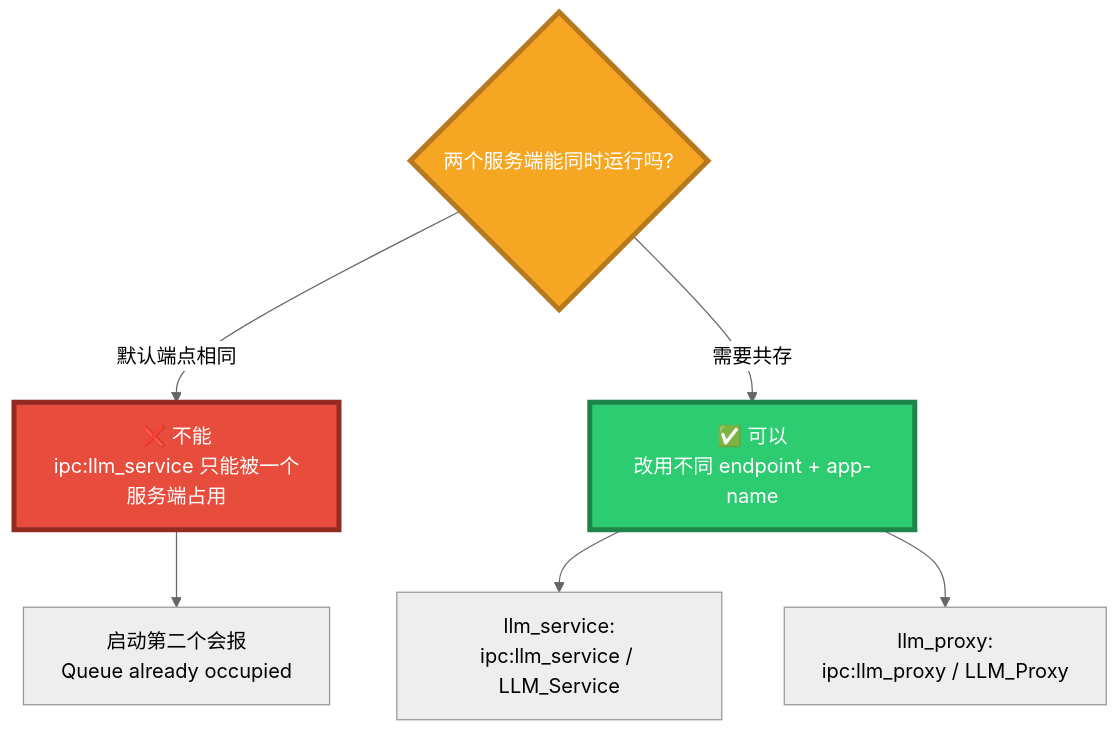
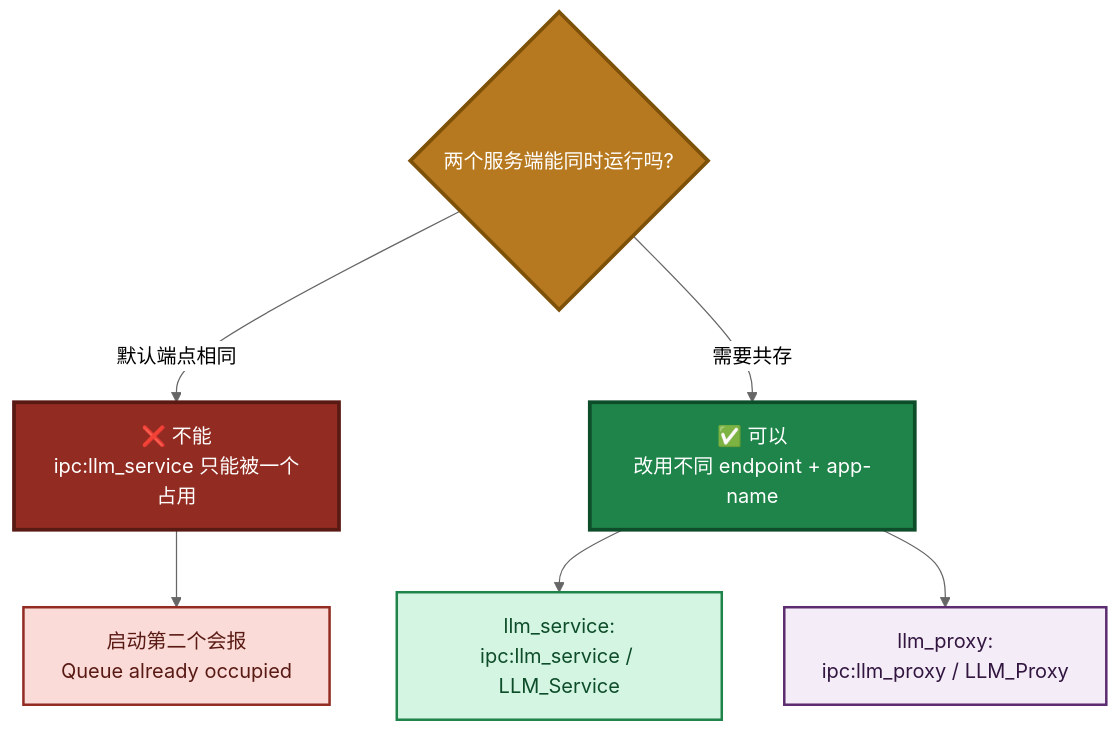
One commit to PassByYou888/LingoFuse-pasAgent changed the fifth of 28 diagrams in src/llm-service/LingoFuse_LLM_Ecosystem_User_Guide.md. Above: the diagram before and after it, drawn with Mermaid (neutral theme). The commit also changed other lines of this file, not shown here.

````diff
--- a/src/llm-service/LingoFuse_LLM_Ecosystem_User_Guide.md
+++ b/src/llm-service/LingoFuse_LLM_Ecosystem_User_Guide.md
@@ -135,14 +181,17 @@
 ```mermaid
 flowchart TB
     Q{"两个服务端能同时运行吗?"}
-    Q -->|默认端点相同| NO["❌ 不能<br/>ipc:llm_service 只能被一个服务端占用"]
-    Q -->|需要共存| YES["✅ 可以<br/>改用不同 endpoint + app-name"]
+    Q -->|"默认端点相同"| NO["❌ 不能<br/>ipc:llm_service 只能被一个占用"]
+    Q -->|"需要共存"| YES["✅ 可以<br/>改用不同 endpoint + app-name"]
 
     NO --> N1["启动第二个会报<br/>Queue already occupied"]
     YES --> Y1["llm_service:<br/>ipc:llm_service / LLM_Service"]
     YES --> Y2["llm_proxy:<br/>ipc:llm_proxy / LLM_Proxy"]
 
-    style Q fill:#F5A623,stroke:#B7791F,stroke-width:4px,color:#FFFFFF
-    style NO fill:#E74C3C,stroke:#922B21,stroke-width:4px,color:#FFFFFF
-    style YES fill:#2ECC71,stroke:#1E8449,stroke-width:4px,color:#FFFFFF
+    style Q fill:#B7791F,stroke:#7E5109,stroke-width:3px,color:#FFFFFF
+    style NO fill:#922B21,stroke:#5A1A14,stroke-width:3px,color:#FFFFFF
+    style YES fill:#1E8449,stroke:#0E4D2A,stroke-width:3px,color:#FFFFFF
+    style N1 fill:#FADBD8,stroke:#922B21,stroke-width:2px,color:#5A1A14
+    style Y1 fill:#D5F5E3,stroke:#1E8449,stroke-width:2px,color:#0E4D2A
+    style Y2 fill:#F4ECF7,stroke:#5B2C6F,stroke-width:2px,color:#321640
 ```
````
